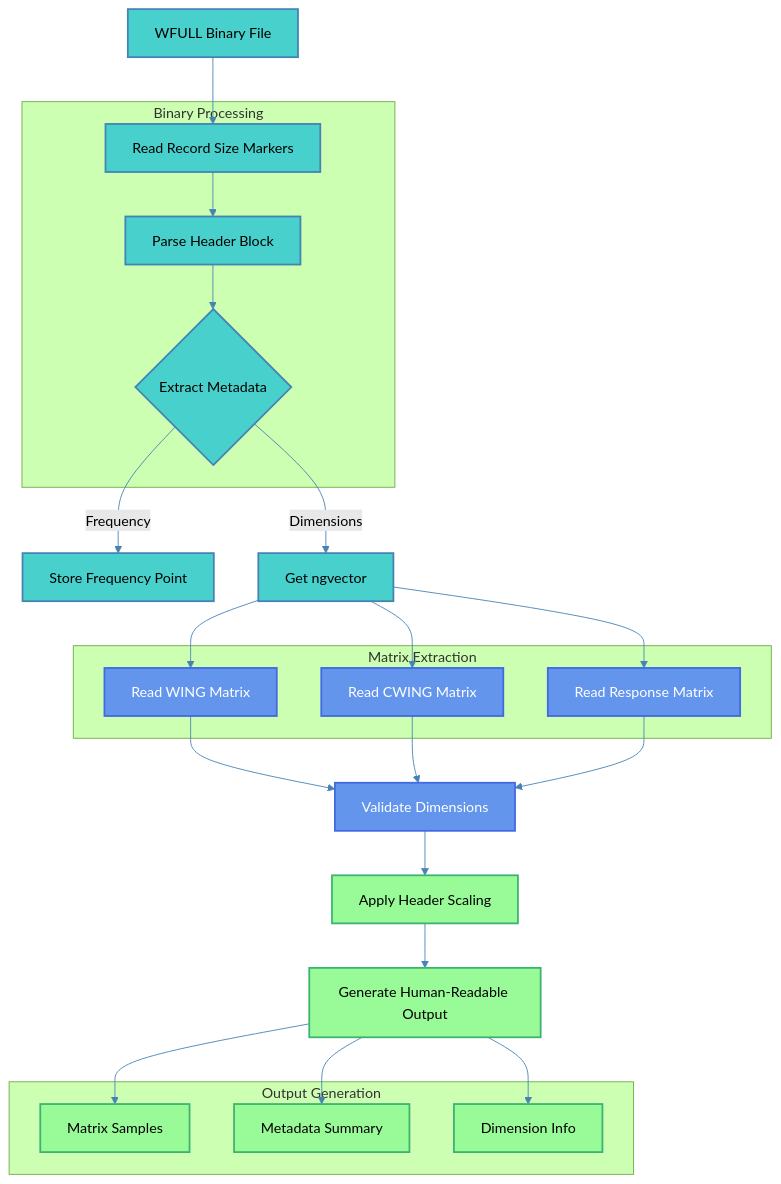
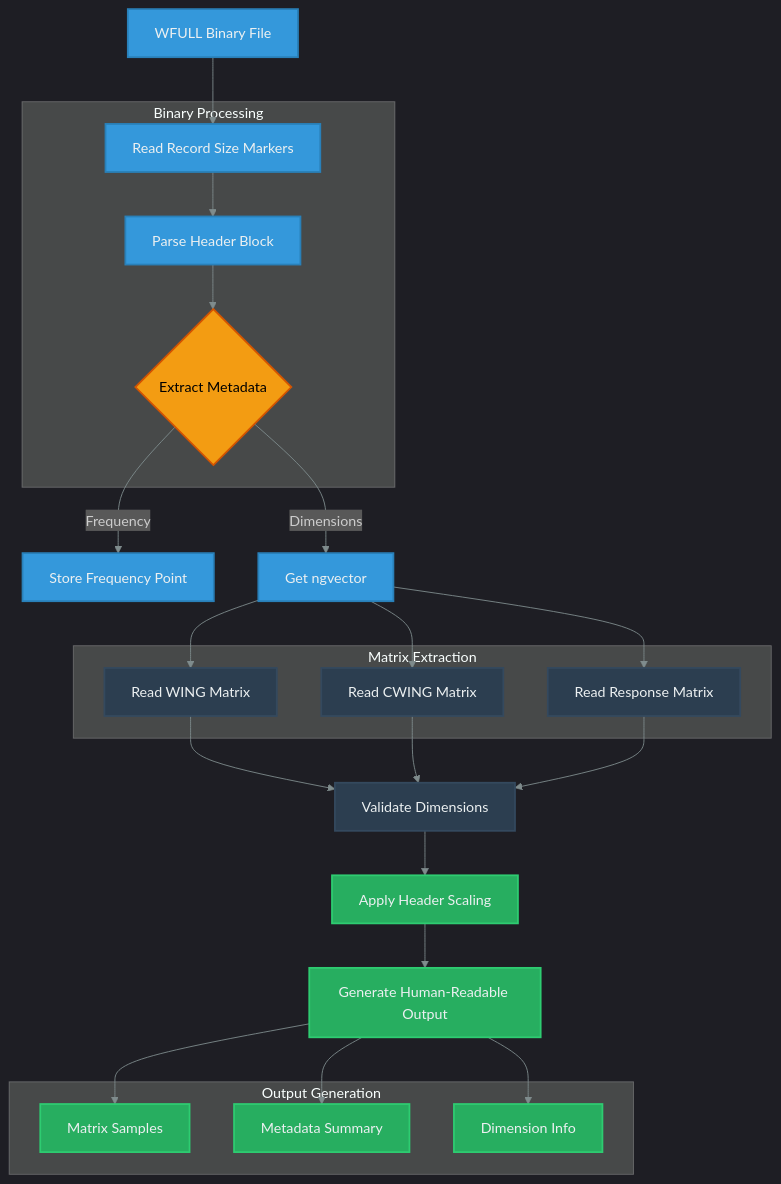
The diagram in docs/parsing_flow.mmd (utksi/kaya), drawn with Mermaid before and after one commit. The commit also changed 3 other files, not shown here.

```diff
--- a/docs/parsing_flow.mmd
+++ b/docs/parsing_flow.mmd
@@ -1,55 +1,59 @@
-%%{init: {'theme': 'forest', 'themeVariables': {
-    'primaryColor': '#6495ED',
-    'primaryTextColor': '#ffffff',
-    'primaryBorderColor': '#4169E1',
-    'lineColor': '#4682B4',
-    'secondaryColor': '#48D1CC',
-    'tertiaryColor': '#98FB98'
+%%{init: {'theme': 'dark', 'themeVariables': {
+    'darkMode': true,
+    'primaryColor': '#2C3E50',
+    'primaryTextColor': '#ECF0F1',
+    'primaryBorderColor': '#34495E',
+    'lineColor': '#7F8C8D',
+    'secondaryColor': '#3498DB',
+    'tertiaryColor': '#2980B9',
+    'background': 'transparent'
 }}}%%
 graph TD
-    classDef processNode fill:#6495ED,color:#ffffff,stroke:#4169E1,stroke-width:2px;
-    classDef dataNode fill:#48D1CC,color:#000000,stroke:#4682B4,stroke-width:2px;
-    classDef outputNode fill:#98FB98,color:#000000,stroke:#3CB371,stroke-width:2px;
+    classDef processNode fill:#2C3E50,color:#ECF0F1,stroke:#34495E,stroke-width:2px;
+    classDef dataNode fill:#3498DB,color:#ECF0F1,stroke:#2980B9,stroke-width:2px;
+    classDef outputNode fill:#27AE60,color:#ECF0F1,stroke:#2ECC71,stroke-width:2px;
+    classDef decisionNode fill:#F39C12,color:#000000,stroke:#D35400,stroke-width:2px;
     
     A[WFULL Binary File] --> B[Read Record Size Markers]
     B --> C[Parse Header Block]
     C --> D{Extract Metadata}
     D -->|Frequency| E[Store Frequency Point]
     D -->|Dimensions| F[Get ngvector]
     
     F --> G[Read WING Matrix]
     F --> H[Read CWING Matrix]
     F --> I[Read Response Matrix]
     
     G --> J[Validate Dimensions]
     H --> J
     I --> J
     
     J --> K[Apply Header Scaling]
     K --> L[Generate Human-Readable Output]
     
     L --> M[Matrix Samples]
     L --> N[Metadata Summary]
     L --> O[Dimension Info]
     
     subgraph "Binary Processing"
         B
         C
         D
     end
     
     subgraph "Matrix Extraction"
         G
         H
         I
     end
     
     subgraph "Output Generation"
         M
         N
         O
     end
     
-    class A,B,C,D,E,F dataNode;
+    class A,B,C,E,F dataNode;
+    class D decisionNode;
     class G,H,I,J processNode;
     class K,L,M,N,O outputNode;
```
